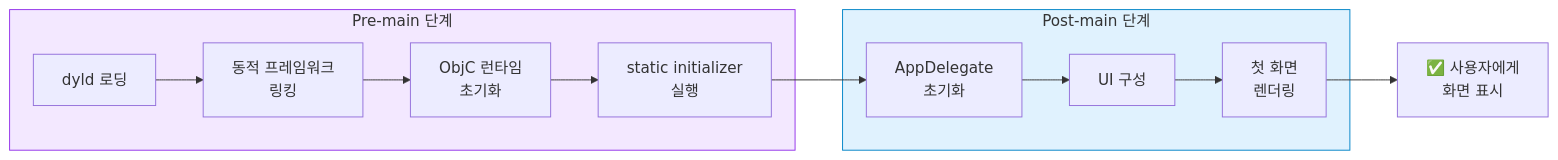
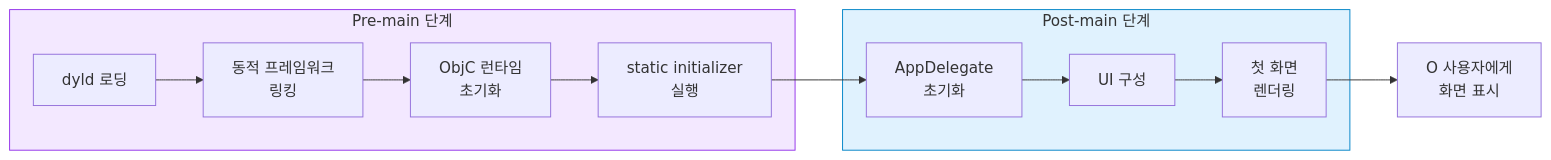
Before and after one commit to jsonpassion/forge-tutorial-swift: the fourth of 4 diagrams in 13-performance/04-instruments.md, drawn with Mermaid. The commit also changed other lines of this file and 69 other files, not shown here.

````diff
--- a/13-performance/04-instruments.md
+++ b/13-performance/04-instruments.md
@@ -220,16 +220,16 @@
 ```mermaid
 flowchart LR
     subgraph PRE["Pre-main 단계"]
-        A["dyld 로딩"] --> B["동적 프레임워크\n링킹"]
-        B --> C["ObjC 런타임\n초기화"]
-        C --> D["static initializer\n실행"]
+        A["dyld 로딩"] --> B["동적 프레임워크<br/>링킹"]
+        B --> C["ObjC 런타임<br/>초기화"]
+        C --> D["static initializer<br/>실행"]
     end
     subgraph POST["Post-main 단계"]
-        E["AppDelegate\n초기화"] --> F["UI 구성"]
-        F --> G["첫 화면\n렌더링"]
+        E["AppDelegate<br/>초기화"] --> F["UI 구성"]
+        F --> G["첫 화면<br/>렌더링"]
     end
     D --> E
-    G --> H["✅ 사용자에게\n화면 표시"]
+    G --> H["O 사용자에게<br/>화면 표시"]
     style PRE fill:#f3e8ff,stroke:#9333ea
     style POST fill:#e0f2fe,stroke:#0284c7
 ```
````
